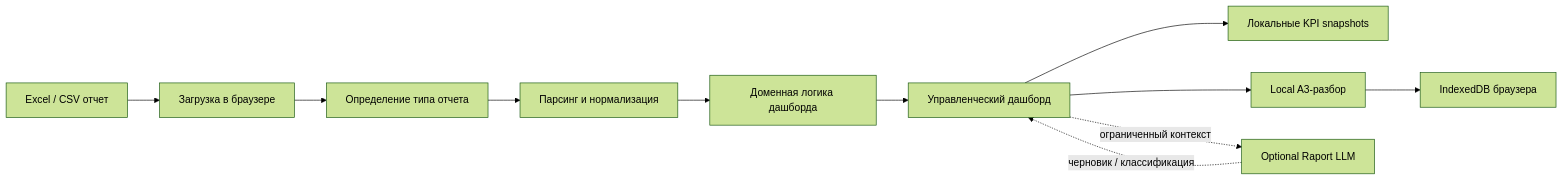
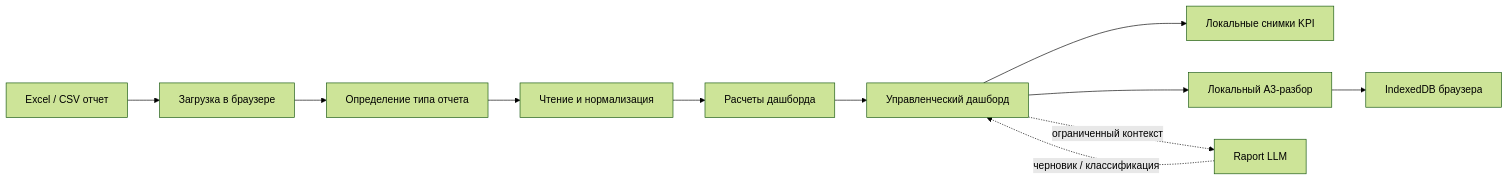
One commit to shantarinav/raport-product-line changed the diagram in docs/ARCHITECTURE.md. Above: the diagram before and after it, drawn with Mermaid (forest theme). The commit also changed other lines of this file and 10 other files, not shown here.

````diff
--- a/docs/ARCHITECTURE.md
+++ b/docs/ARCHITECTURE.md
@@ -9,13 +9,13 @@
 ```mermaid
 flowchart LR
   A[Excel / CSV отчет] --> B[Загрузка в браузере]
   B --> C[Определение типа отчета]
-  C --> D[Парсинг и нормализация]
-  D --> E[Доменная логика дашборда]
+  C --> D[Чтение и нормализация]
+  D --> E[Расчеты дашборда]
   E --> F[Управленческий дашборд]
-  F --> G[Локальные KPI snapshots]
-  F --> H[Local A3-разбор]
+  F --> G[Локальные снимки KPI]
+  F --> H[Локальный A3-разбор]
   H --> I[IndexedDB браузера]
-  F -. ограниченный контекст .-> J[Optional Raport LLM]
+  F -. ограниченный контекст .-> J[Raport LLM]
   J -. черновик / классификация .-> F
 ```
````
